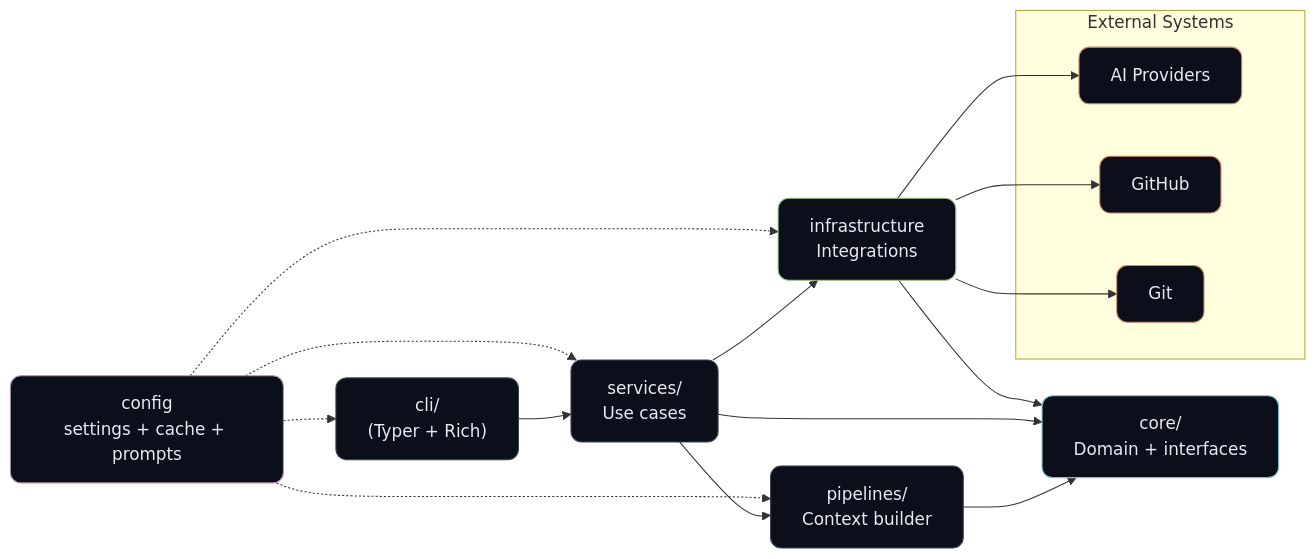
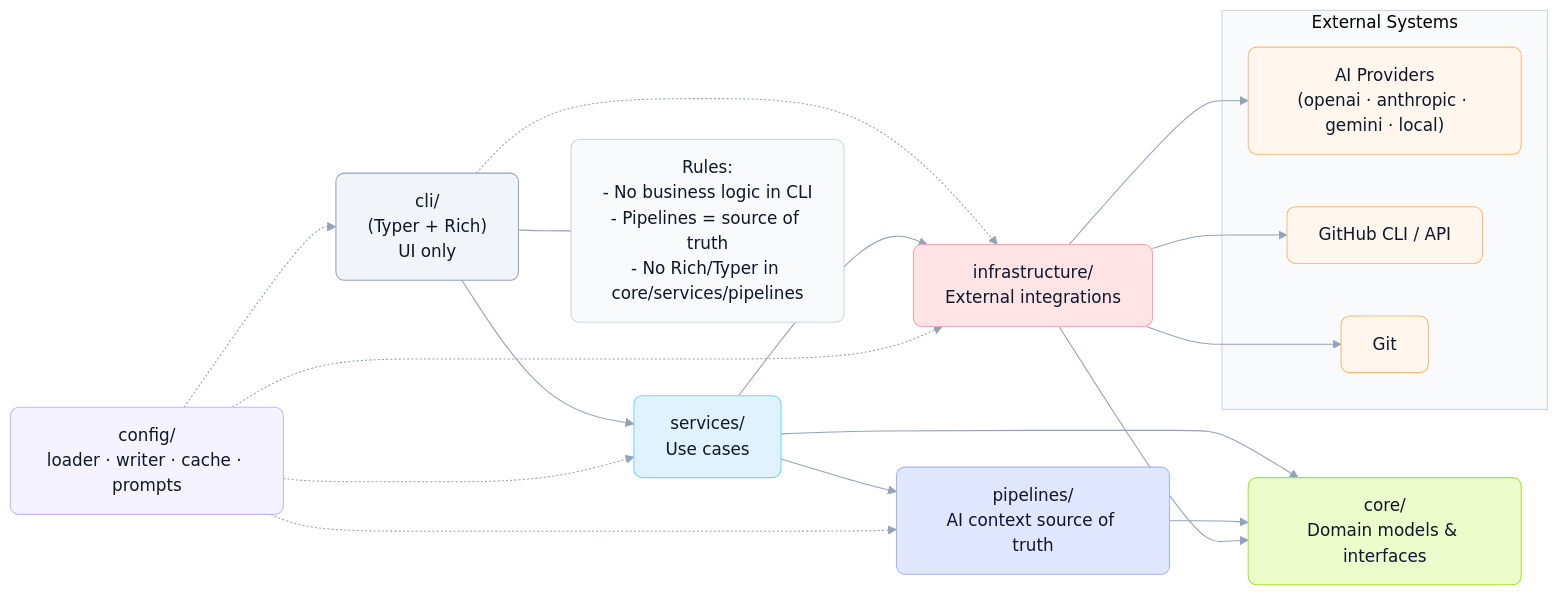
Before and after one commit to Parckyzin/parcky-cli: the first of 7 diagrams in docs/diagrams/workflows.md, drawn with Mermaid. The commit also changed other lines of this file and 1 other file, not shown here.

Commit message:
docs: update architecture diagrams and styles

````diff
--- a/docs/diagrams/workflows.md
+++ b/docs/diagrams/workflows.md
@@ -7,50 +7,56 @@
 ```mermaid
+%%{init: {'theme':'base','themeVariables':{'fontFamily':'Inter, ui-sans-serif, system-ui','primaryColor':'#F8FAFC','primaryTextColor':'#0F172A','primaryBorderColor':'#CBD5E1','lineColor':'#94A3B8','clusterBkg':'#F8FAFC','clusterBorder':'#CBD5E1'}}}%%
+%% Style: docs/diagrams/_style.md (v1)
 flowchart LR
-%% ========= Nodes =========
-    CLI["cli/<br/>(Typer + Rich)"]
-    Services["services/<br/>Use cases"]
-    Pipelines["pipelines/<br/>Context builder"]
-    Core["core/<br/>Domain + interfaces"]
-    Infra["infrastructure<br/>Integrations"]
-    Config["config<br/>settings + cache + prompts"]
+    cli["cli/<br/>(Typer + Rich)<br/>UI only"]
+    svc["services/<br/>Use cases"]
+    pipe["pipelines/<br/>AI context source of truth"]
+    core["core/<br/>Domain models & interfaces"]
+    infra["infrastructure/<br/>External integrations"]
+    cfg["config/<br/>loader · writer · cache · prompts"]
 
-    subgraph External Systems
-        AI["AI Providers"]
-        GH["GitHub"]
-        GIT["Git"]
+    subgraph ext["External Systems"]
+        ai["AI Providers<br/>(openai · anthropic · gemini · local)"]
+        gh["GitHub CLI / API"]
+        git["Git"]
     end
 
-%% ========= Main flow =========
-    CLI --> Services
-    Services --> Pipelines
-    Pipelines --> Core
-    Services --> Core
-    Services --> Infra
-    Infra --> Core
+    cli --> svc
+    cli -.-> infra
+    svc --> pipe
+    svc --> core
+    pipe --> core
+    svc --> infra
+    infra --> core
 
-%% ========= Support =========
-    Config -.-> CLI
-    Config -.-> Services
-    Config -.-> Pipelines
-    Config -.-> Infra
+    cfg -.-> cli
+    cfg -.-> svc
+    cfg -.-> pipe
+    cfg -.-> infra
 
-%% ========= External =========
-    Infra --> AI
-    Infra --> GH
-    Infra --> GIT
+    infra --> ai
+    infra --> gh
+    infra --> git
 
-%% ========= Styling =========
-    classDef layer fill:#0b0f19,stroke:#3b4252,stroke-width:1px,color:#e5e9f0,rx:10,ry:10;
-    classDef domain fill:#0b0f19,stroke:#88c0d0,stroke-width:1px,color:#e5e9f0,rx:10,ry:10;
-    classDef infra fill:#0b0f19,stroke:#a3be8c,stroke-width:1px,color:#e5e9f0,rx:10,ry:10;
-    classDef support fill:#0b0f19,stroke:#b48ead,stroke-width:1px,color:#e5e9f0,rx:10,ry:10;
-    classDef external fill:#0b0f19,stroke:#d08770,stroke-width:1px,color:#e5e9f0,rx:10,ry:10;
+    rules["Rules:<br/>- No business logic in CLI<br/>- Pipelines = source of truth<br/>- No Rich/Typer in core/services/pipelines"]
+    cli --- rules
 
-    class CLI,Services,Pipelines layer;
-    class Core domain;
-    class Infra infra;
-    class Config support;
-    class AI,GH,GIT external;
+    classDef user fill:#F8FAFC,stroke:#CBD5E1,stroke-width:1px,rx:8,ry:8,color:#0F172A;
+    classDef cli fill:#F1F5F9,stroke:#94A3B8,stroke-width:1px,rx:8,ry:8,color:#0F172A;
+    classDef service fill:#E0F2FE,stroke:#7DD3FC,stroke-width:1px,rx:8,ry:8,color:#0F172A;
+    classDef pipeline fill:#E0E7FF,stroke:#A5B4FC,stroke-width:1px,rx:8,ry:8,color:#0F172A;
+    classDef core fill:#ECFCCB,stroke:#A3E635,stroke-width:1px,rx:8,ry:8,color:#0F172A;
+    classDef infra fill:#FFE4E6,stroke:#FDA4AF,stroke-width:1px,rx:8,ry:8,color:#0F172A;
+    classDef config fill:#F5F3FF,stroke:#C4B5FD,stroke-width:1px,rx:8,ry:8,color:#0F172A;
+    classDef external fill:#FFF7ED,stroke:#FDBA74,stroke-width:1px,rx:8,ry:8,color:#0F172A;
+    classDef note fill:#F8FAFC,stroke:#CBD5E1,stroke-width:1px,rx:8,ry:8,color:#0F172A;
 
-
+    class cli cli;
+    class svc service;
+    class pipe pipeline;
+    class core core;
+    class infra infra;
+    class cfg config;
+    class ai,gh,git external;
+    class rules note;
 ```
````
